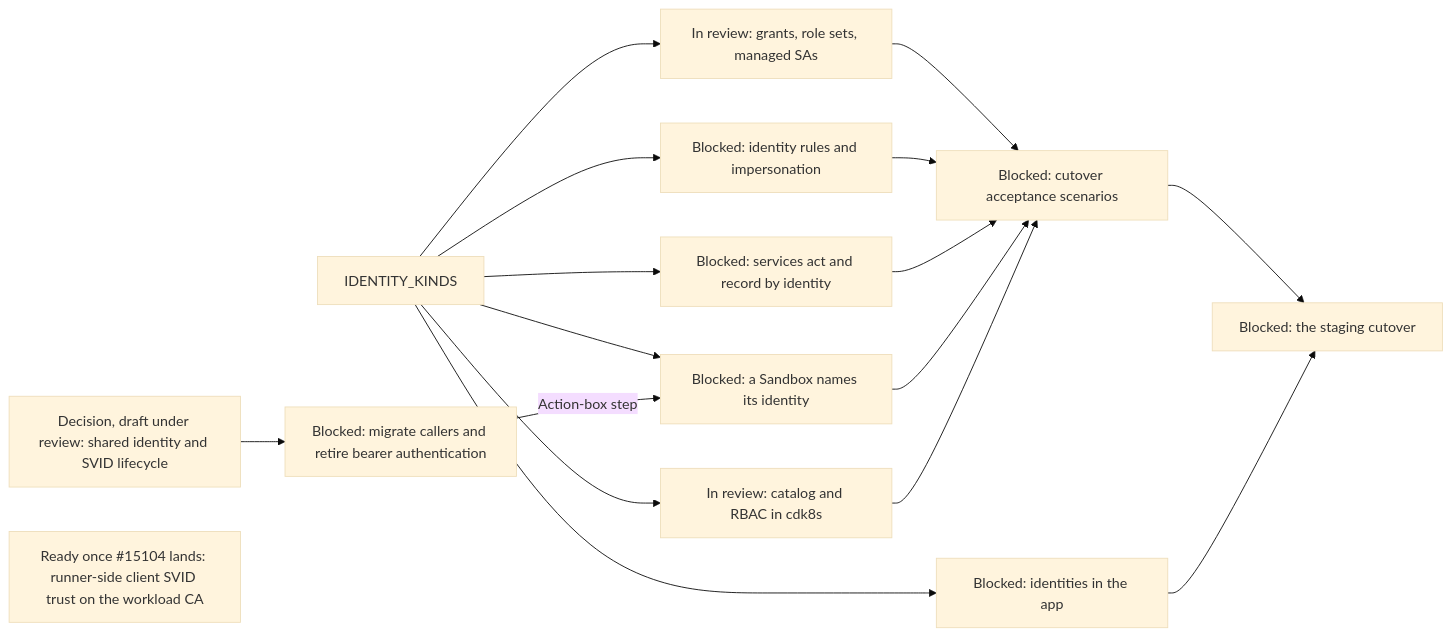
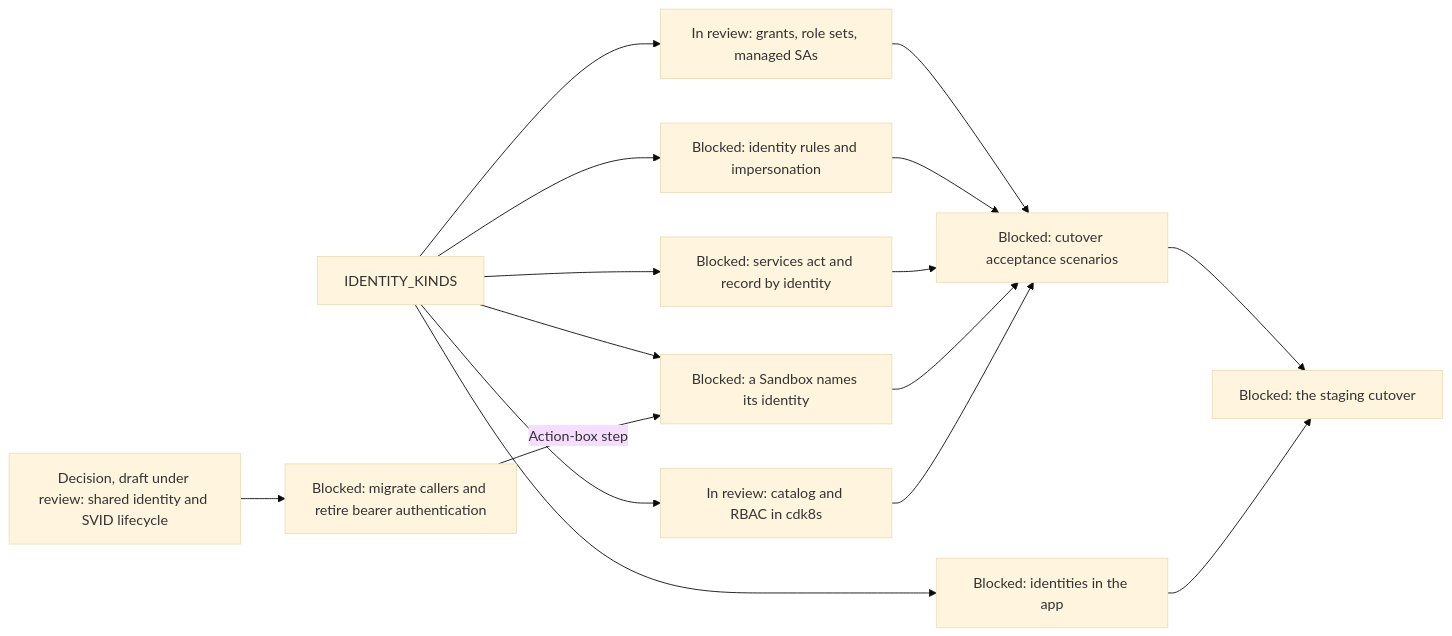
Diagram 17 of 19 in agentplane/plans/task_dag.md (agentydragon/ducktape), drawn with Mermaid (base theme) before and after one commit. The commit also changed other lines of this file and 14 other files, not shown here.

````diff
--- a/agentplane/plans/task_dag.md
+++ b/agentplane/plans/task_dag.md
@@ -3038,19 +3038,18 @@
 ```mermaid
 flowchart LR
     IDENTITY_KINDS --> POLICY_GRANTS[In review: grants, role sets, managed SAs]
     IDENTITY_KINDS --> EGRESS_IDENTITY_RULES[Blocked: identity rules and impersonation]
     IDENTITY_KINDS --> SERVICES_IDENTITY_PRINCIPAL[Blocked: services act and record by identity]
     IDENTITY_KINDS --> SANDBOX_IDENTITY_SPEC[Blocked: a Sandbox names its identity]
     IDENTITY_KINDS --> IDENTITY_CATALOG[In review: catalog and RBAC in cdk8s]
     IDENTITY_KINDS --> APP_IDENTITIES_UI[Blocked: identities in the app]
     WORKLOAD_IDENTITY_LIFECYCLE_DESIGN[Decision, draft under review: shared identity and SVID lifecycle] --> WORKLOAD_AUTH_CUTOVER[Blocked: migrate callers and retire bearer authentication]
     WORKLOAD_AUTH_CUTOVER -->|Action-box step| SANDBOX_IDENTITY_SPEC
-    WORKLOAD_CA_CLIENT_TRUST[Ready once #15104 lands: runner-side client SVID trust on the workload CA]
     POLICY_GRANTS --> IDENTITY_SYSTEM_TESTS[Blocked: cutover acceptance scenarios]
     EGRESS_IDENTITY_RULES --> IDENTITY_SYSTEM_TESTS
     SERVICES_IDENTITY_PRINCIPAL --> IDENTITY_SYSTEM_TESTS
     SANDBOX_IDENTITY_SPEC --> IDENTITY_SYSTEM_TESTS
     IDENTITY_CATALOG --> IDENTITY_SYSTEM_TESTS
     IDENTITY_SYSTEM_TESTS --> IDENTITY_CUTOVER[Blocked: the staging cutover]
     APP_IDENTITIES_UI --> IDENTITY_CUTOVER
 ```
````
